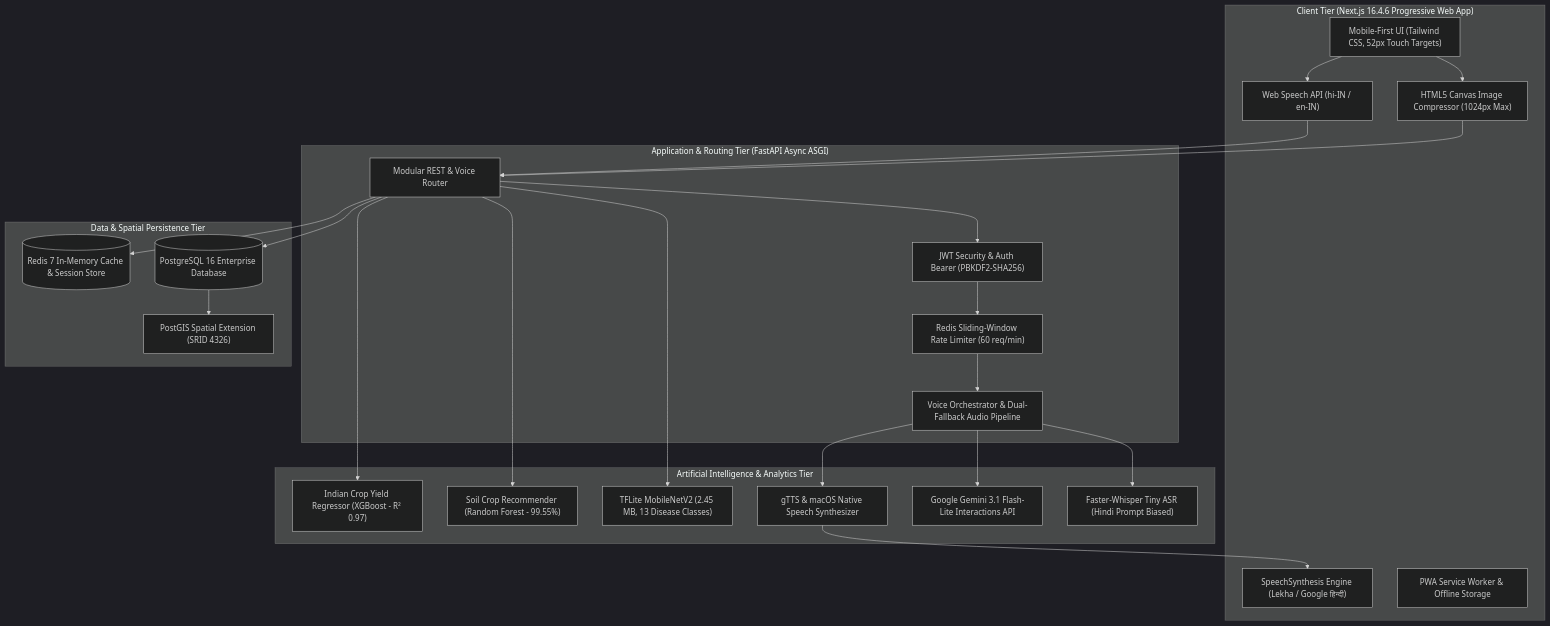
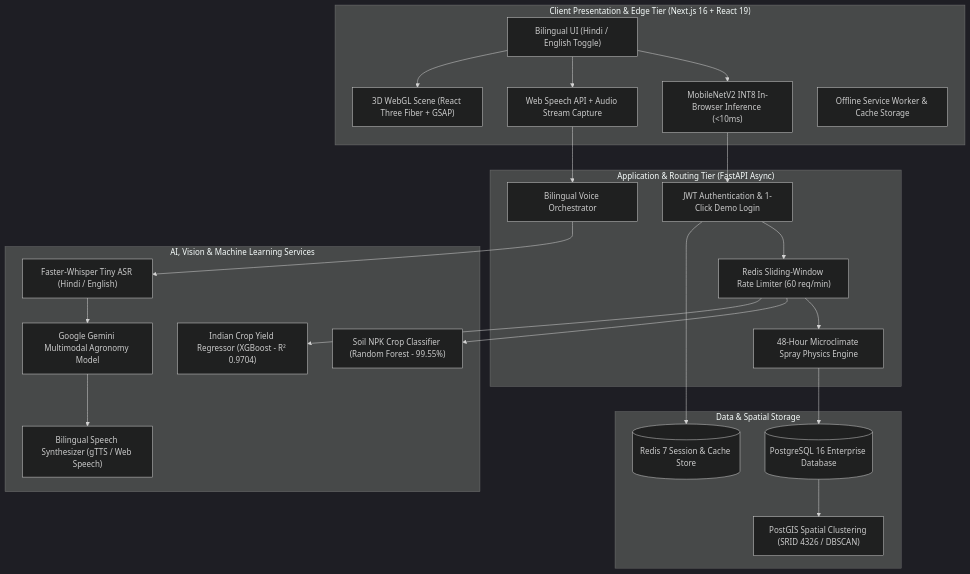
Before and after one commit to harshvardhanmishra32/KRISHI_DRISHTI: the diagram in README.md, drawn with Mermaid (dark theme). The commit also changed other lines of this file and 54 other files, not shown here.

````diff
--- a/README.md
+++ b/README.md
@@ -55,46 +61,45 @@
 ```mermaid
 graph TD
-    subgraph ClientTier["Client Tier (Next.js 16.4.6 Progressive Web App)"]
-        UI["Mobile-First UI (Tailwind CSS, 52px Touch Targets)"]
-        Canvas["HTML5 Canvas Image Compressor (1024px Max)"]
-        STT_Client["Web Speech API (hi-IN / en-IN)"]
-        TTS_Client["SpeechSynthesis Engine (Lekha / Google हिन्दी)"]
-        Cache["PWA Service Worker & Offline Storage"]
+    subgraph Client ["Client Presentation & Edge Tier (Next.js 16 + React 19)"]
+        UI["Bilingual UI (Hindi / English Toggle)"]
+        R3F["3D WebGL Scene (React Three Fiber + GSAP)"]
+        Scanner["MobileNetV2 INT8 In-Browser Inference (<10ms)"]
+        Speech["Web Speech API + Audio Stream Capture"]
+        PWA["Offline Service Worker & Cache Storage"]
     end
 
-    subgraph ApiGateway["Application & Routing Tier (FastAPI Async ASGI)"]
-        Auth["JWT Security & Auth Bearer (PBKDF2-SHA256)"]
+    subgraph BackendGateway ["Application & Routing Tier (FastAPI Async)"]
+        Auth["JWT Authentication & 1-Click Demo Login"]
         RateLimit["Redis Sliding-Window Rate Limiter (60 req/min)"]
-        Router["Modular REST & Voice Router"]
-        VoiceOrch["Voice Orchestrator & Dual-Fallback Audio Pipeline"]
+        VoiceOrch["Bilingual Voice Orchestrator"]
+        SprayEngine["48-Hour Microclimate Spray Physics Engine"]
     end
 
-    subgraph IntelligenceTier["Artificial Intelligence & Analytics Tier"]
-        TFLite["TFLite MobileNetV2 (2.45 MB, 13 Disease Classes)"]
-        Whisper["Faster-Whisper Tiny ASR (Hindi Prompt Biased)"]
-        Gemini["Google Gemini 3.1 Flash-Lite Interactions API"]
-        ML_Soil["Soil Crop Recommender (Random Forest - 99.55%)"]
-        ML_Yield["Indian Crop Yield Regressor (XGBoost - R² 0.97)"]
-        GTTS["gTTS & macOS Native Speech Synthesizer"]
+    subgraph IntelligenceTier ["AI, Vision & Machine Learning Services"]
+        Whisper["Faster-Whisper Tiny ASR (Hindi / English)"]
+        Gemini["Google Gemini Multimodal Agronomy Model"]
+        SoilML["Soil NPK Crop Classifier (Random Forest - 99.55%)"]
+        YieldML["Indian Crop Yield Regressor (XGBoost - R² 0.9704)"]
+        TTS["Bilingual Speech Synthesizer (gTTS / Web Speech)"]
     end
 
-    subgraph DataTier["Data & Spatial Persistence Tier"]
+    subgraph PersistenceTier ["Data & Spatial Storage"]
         Postgres[("PostgreSQL 16 Enterprise Database")]
-        PostGIS["PostGIS Spatial Extension (SRID 4326)"]
-        RedisStore[("Redis 7 In-Memory Cache & Session Store")]
+        PostGIS["PostGIS Spatial Clustering (SRID 4326 / DBSCAN)"]
+        RedisStore[("Redis 7 Session & Cache Store")]
     end
 
-    UI --> Canvas --> Router
-    UI --> STT_Client --> Router
-    Router --> Auth --> RateLimit
-    RateLimit --> VoiceOrch
-    VoiceOrch --> Whisper
-    VoiceOrch --> Gemini
-    VoiceOrch --> GTTS --> TTS_Client
-    Router --> TFLite
-    Router --> ML_Soil
-    Router --> ML_Yield
-    Router --> Postgres
+    UI --> Scanner
+    UI --> Speech
+    UI --> R3F
+    Scanner --> Auth
+    Speech --> VoiceOrch
+    VoiceOrch --> Whisper --> Gemini --> TTS
+    Auth --> RateLimit
+    RateLimit --> SprayEngine
+    SprayEngine --> Postgres
+    RateLimit --> SoilML
+    RateLimit --> YieldML
     Postgres --> PostGIS
-    Router --> RedisStore
+    Auth --> RedisStore
 ```
````
